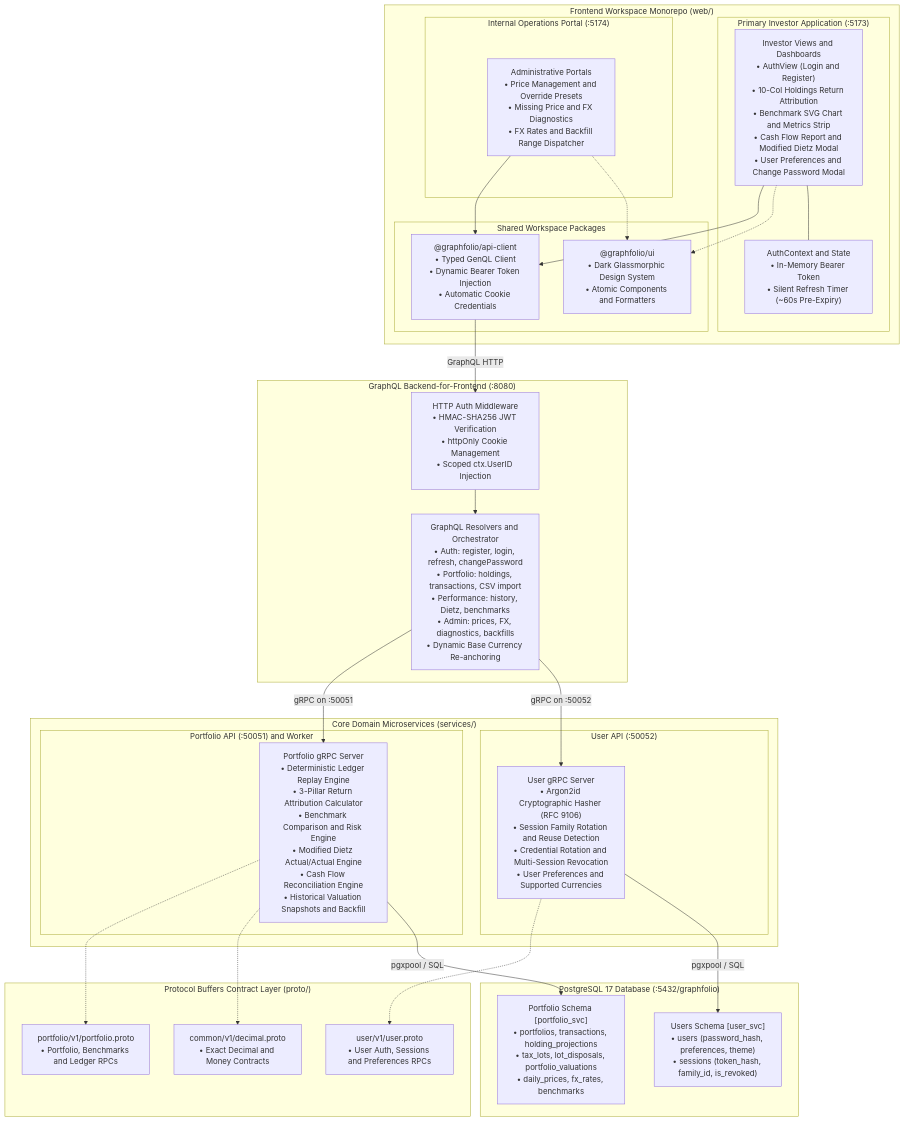
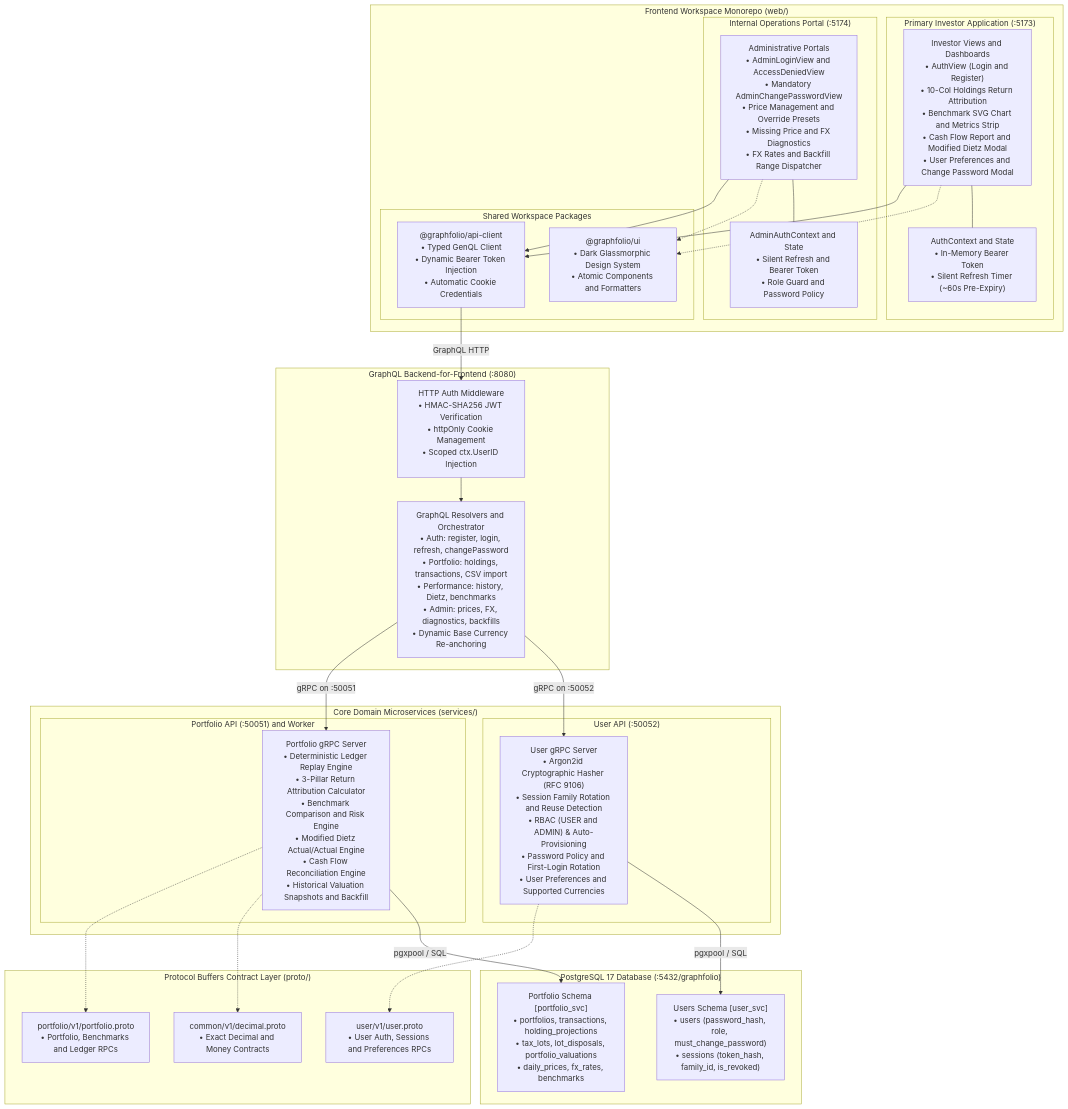
Before and after one commit to garcios/graphfolio: the diagram in README.md, drawn with Mermaid. The commit also changed other lines of this file and 37 other files, not shown here.

Commit message:
feat: implement admin portal login, authentication, and user role management

````diff
--- a/README.md
+++ b/README.md
@@ -172,68 +185,70 @@
 ```mermaid
 flowchart TB
     subgraph WebMonorepo ["Frontend Workspace Monorepo (web/)"]
         subgraph MainApp ["Primary Investor Application (:5173)"]
             MAIN_UI["Investor Views and Dashboards<br/>• AuthView (Login and Register)<br/>• 10-Col Holdings Return Attribution<br/>• Benchmark SVG Chart and Metrics Strip<br/>• Cash Flow Report and Modified Dietz Modal<br/>• User Preferences and Change Password Modal"]
             AUTH_CTX["AuthContext and State<br/>• In-Memory Bearer Token<br/>• Silent Refresh Timer (~60s Pre-Expiry)"]
         end
 
         subgraph AdminApp ["Internal Operations Portal (:5174)"]
-            ADMIN_UI["Administrative Portals<br/>• Price Management and Override Presets<br/>• Missing Price and FX Diagnostics<br/>• FX Rates and Backfill Range Dispatcher"]
+            ADMIN_UI["Administrative Portals<br/>• AdminLoginView and AccessDeniedView<br/>• Mandatory AdminChangePasswordView<br/>• Price Management and Override Presets<br/>• Missing Price and FX Diagnostics<br/>• FX Rates and Backfill Range Dispatcher"]
+            ADMIN_AUTH_CTX["AdminAuthContext and State<br/>• Silent Refresh and Bearer Token<br/>• Role Guard and Password Policy"]
         end
 
         subgraph SharedPackages ["Shared Workspace Packages"]
             CLIENT_PKG["@graphfolio/api-client<br/>• Typed GenQL Client<br/>• Dynamic Bearer Token Injection<br/>• Automatic Cookie Credentials"]
             UI_PKG["@graphfolio/ui<br/>• Dark Glassmorphic Design System<br/>• Atomic Components and Formatters"]
         end
     end
 
     subgraph BFFLayer ["GraphQL Backend-for-Frontend (:8080)"]
         BFF_MW["HTTP Auth Middleware<br/>• HMAC-SHA256 JWT Verification<br/>• httpOnly Cookie Management<br/>• Scoped ctx.UserID Injection"]
         BFF_RESOLVER["GraphQL Resolvers and Orchestrator<br/>• Auth: register, login, refresh, changePassword<br/>• Portfolio: holdings, transactions, CSV import<br/>• Performance: history, Dietz, benchmarks<br/>• Admin: prices, FX, diagnostics, backfills<br/>• Dynamic Base Currency Re-anchoring"]
     end
 
     subgraph ProtoLayer ["Protocol Buffers Contract Layer (proto/)"]
         COMMON_PB["common/v1/decimal.proto<br/>• Exact Decimal and Money Contracts"]
         PORT_PB["portfolio/v1/portfolio.proto<br/>• Portfolio, Benchmarks and Ledger RPCs"]
         USER_PB["user/v1/user.proto<br/>• User Auth, Sessions and Preferences RPCs"]
     end
 
     subgraph ServiceLayer ["Core Domain Microservices (services/)"]
         subgraph PortService ["Portfolio API (:50051) and Worker"]
             PORT_SERVER["Portfolio gRPC Server<br/>• Deterministic Ledger Replay Engine<br/>• 3-Pillar Return Attribution Calculator<br/>• Benchmark Comparison and Risk Engine<br/>• Modified Dietz Actual/Actual Engine<br/>• Cash Flow Reconciliation Engine<br/>• Historical Valuation Snapshots and Backfill"]
         end
 
         subgraph UserService ["User API (:50052)"]
-            USER_SERVER["User gRPC Server<br/>• Argon2id Cryptographic Hasher (RFC 9106)<br/>• Session Family Rotation and Reuse Detection<br/>• Credential Rotation and Multi-Session Revocation<br/>• User Preferences and Supported Currencies"]
+            USER_SERVER["User gRPC Server<br/>• Argon2id Cryptographic Hasher (RFC 9106)<br/>• Session Family Rotation and Reuse Detection<br/>• RBAC (USER and ADMIN) & Auto-Provisioning<br/>• Password Policy and First-Login Rotation<br/>• User Preferences and Supported Currencies"]
         end
     end
 
     subgraph DBLayer ["PostgreSQL 17 Database (:5432/graphfolio)"]
         PORT_DB["Portfolio Schema [portfolio_svc]<br/>• portfolios, transactions, holding_projections<br/>• tax_lots, lot_disposals, portfolio_valuations<br/>• daily_prices, fx_rates, benchmarks"]
-        USER_DB["Users Schema [user_svc]<br/>• users (password_hash, preferences, theme)<br/>• sessions (token_hash, family_id, is_revoked)"]
+        USER_DB["Users Schema [user_svc]<br/>• users (password_hash, role, must_change_password)<br/>• sessions (token_hash, family_id, is_revoked)"]
     end
 
     %% Web Monorepo Internal Bindings
     MAIN_UI --> CLIENT_PKG
     ADMIN_UI --> CLIENT_PKG
     MAIN_UI -.-> UI_PKG
     ADMIN_UI -.-> UI_PKG
     MAIN_UI --- AUTH_CTX
+    ADMIN_UI --- ADMIN_AUTH_CTX
 
     %% Frontend to BFF Communication
     CLIENT_PKG -->|"GraphQL HTTP"| BFF_MW
     BFF_MW --> BFF_RESOLVER
 
     %% BFF to Microservices gRPC
     BFF_RESOLVER -->|"gRPC on :50051"| PORT_SERVER
     BFF_RESOLVER -->|"gRPC on :50052"| USER_SERVER
 
     %% Protobuf Contract Implementations
     PORT_SERVER -.-> PORT_PB
     PORT_SERVER -.-> COMMON_PB
     USER_SERVER -.-> USER_PB
 
     %% Microservices to Database
     PORT_SERVER -->|"pgxpool / SQL"| PORT_DB
     USER_SERVER -->|"pgxpool / SQL"| USER_DB
 ```
````
